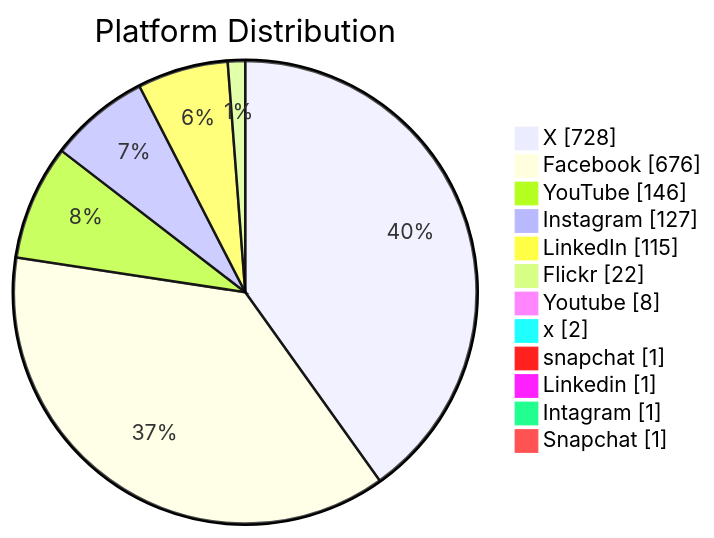
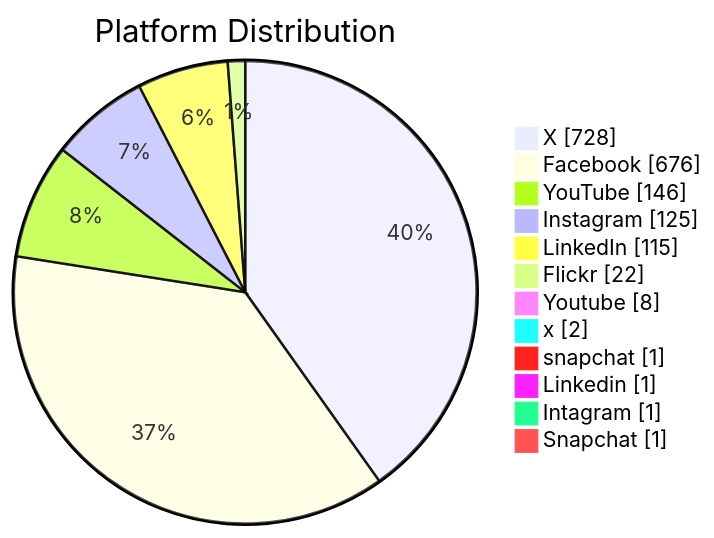
One commit to PatLittle/GC-Socials changed the second of 6 diagrams in README.md. Above: the diagram before and after it, drawn with Mermaid. The commit also changed other lines of this file, not shown here.

Commit message:
Update README with Platform Distribution pie chart

````diff
--- a/README.md
+++ b/README.md
@@ -45,15 +45,15 @@
 ```mermaid
 pie showData title Platform Distribution
     "X": 728
     "Facebook": 676
     "YouTube": 146
-    "Instagram": 127
+    "Instagram": 125
     "LinkedIn": 115
     "Flickr": 22
     "Youtube": 8
     "x": 2
     "snapchat": 1
     "Linkedin": 1
     "Intagram": 1
     "Snapchat": 1
 ```
````
